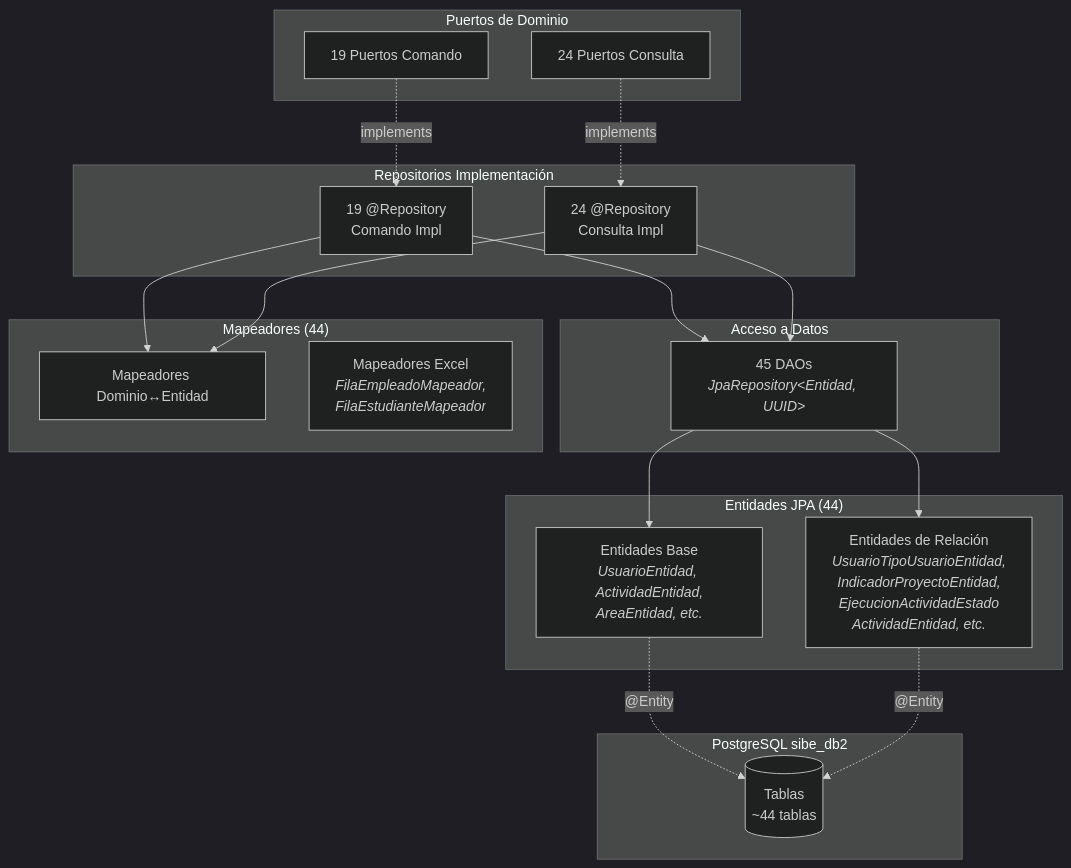
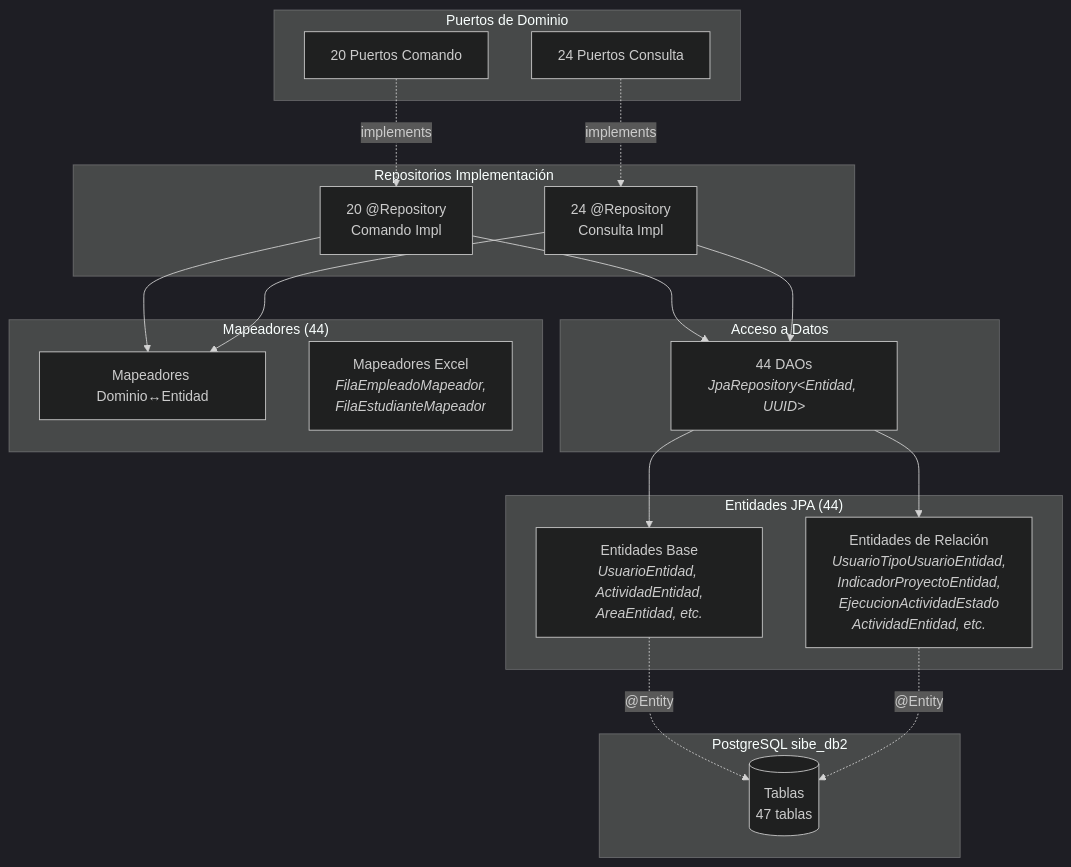
Before and after one commit to sibeuco/DocumentacionSibe: the ninth of 19 diagrams in docs/artifacts/26.diagrama_de_componentes.md, drawn with Mermaid (dark theme). The commit also changed other lines of this file and 5 other files, not shown here.

````diff
--- a/docs/artifacts/26.diagrama_de_componentes.md
+++ b/docs/artifacts/26.diagrama_de_componentes.md
@@ -508,42 +508,42 @@
 ```mermaid
 graph TB
     subgraph Puertos["Puertos de Dominio"]
-        PC["19 Puertos Comando"]
+        PC["20 Puertos Comando"]
         PQ["24 Puertos Consulta"]
     end
 
     subgraph Implementaciones["Repositorios Implementación"]
-        CmdImpl["19 @Repository<br/>Comando Impl"]
+        CmdImpl["20 @Repository<br/>Comando Impl"]
         QryImpl["24 @Repository<br/>Consulta Impl"]
     end
 
     subgraph Acceso["Acceso a Datos"]
-        DAOs["45 DAOs<br/><i>JpaRepository&lt;Entidad, UUID&gt;</i>"]
+        DAOs["44 DAOs<br/><i>JpaRepository&lt;Entidad, UUID&gt;</i>"]
     end
 
     subgraph Entidades["Entidades JPA (44)"]
         EntBase["Entidades Base<br/><i>UsuarioEntidad, ActividadEntidad,<br/>AreaEntidad, etc.</i>"]
         EntJoin["Entidades de Relación<br/><i>UsuarioTipoUsuarioEntidad,<br/>IndicadorProyectoEntidad,<br/>EjecucionActividadEstado<br/>ActividadEntidad, etc.</i>"]
     end
 
     subgraph Mapeadores["Mapeadores (44)"]
         MapDom["Mapeadores Dominio↔Entidad"]
         MapExcel["Mapeadores Excel<br/><i>FilaEmpleadoMapeador,<br/>FilaEstudianteMapeador</i>"]
     end
 
     PC -.->|"implements"| CmdImpl
     PQ -.->|"implements"| QryImpl
     CmdImpl --> DAOs
     QryImpl --> DAOs
     CmdImpl --> MapDom
     QryImpl --> MapDom
     DAOs --> EntBase
     DAOs --> EntJoin
 
     subgraph DB["PostgreSQL sibe_db2"]
-        Tables[("Tablas<br/>~44 tablas")]
+        Tables[("Tablas<br/>47 tablas")]
     end
 
     EntBase -.->|"@Entity"| Tables
     EntJoin -.->|"@Entity"| Tables
 ```
````
